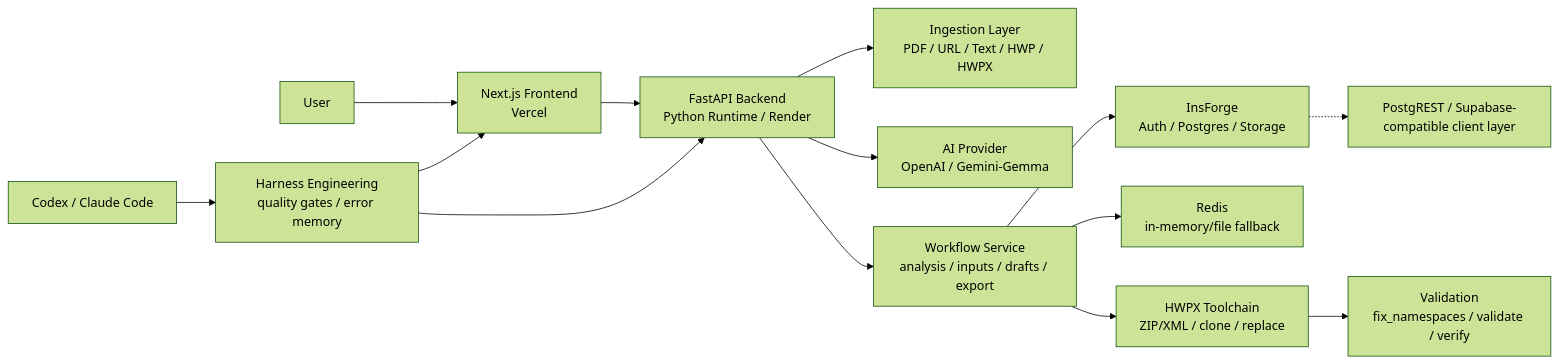
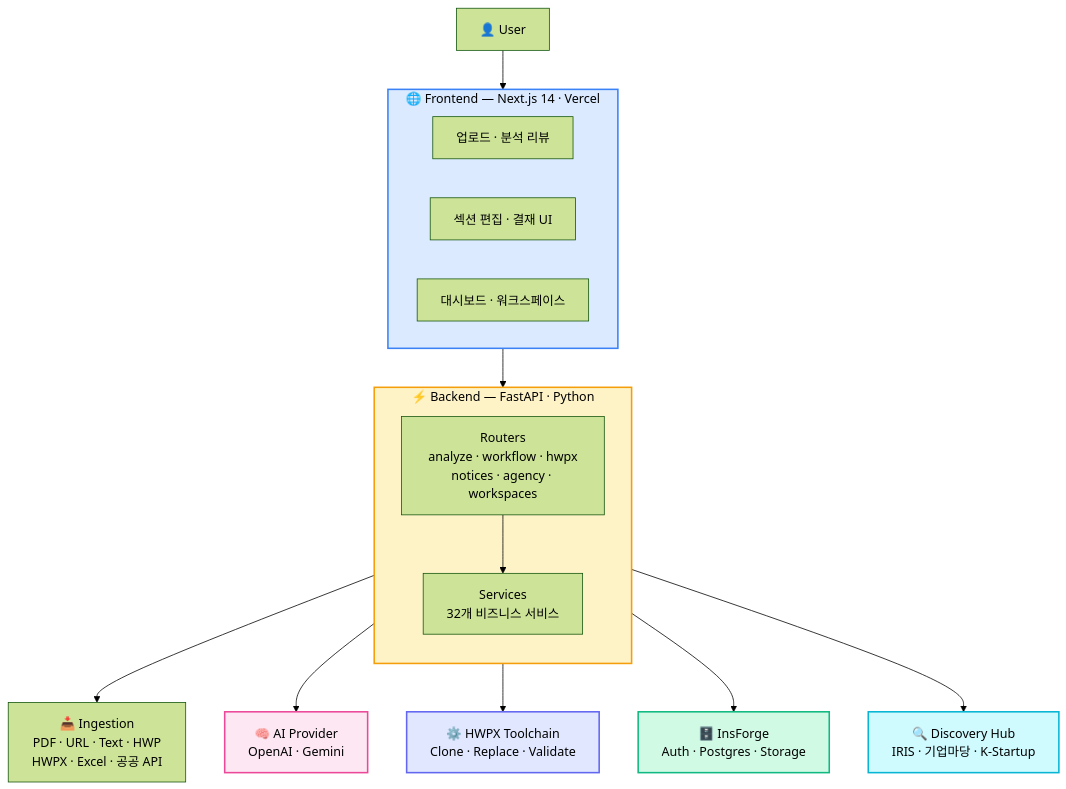
The sixth of 6 diagrams in README.md (mingyugim090-debug/DockLive), drawn with Mermaid (forest theme) before and after one commit. The commit also changed other lines of this file, not shown here.

Commit message:
docs: README 전면 개편 — AI Agent 아키텍처 강조, Ver2 기관 워크플로우 반영, 최신 기능 업데이트

````diff
--- a/README.md
+++ b/README.md
@@ -90,18 +376,33 @@
 ```mermaid
-flowchart LR
-  U["User"] --> FE["Next.js Frontend<br/>Vercel"]
-  FE --> API["FastAPI Backend<br/>Python Runtime / Render"]
+flowchart TB
+    U["👤 User"] --> FE
 
-  API --> Parser["Ingestion Layer<br/>PDF / URL / Text / HWP / HWPX"]
-  API --> AI["AI Provider<br/>OpenAI / Gemini-Gemma"]
-  API --> Workflow["Workflow Service<br/>analysis / inputs / drafts / export"]
-  Workflow --> Store["InsForge<br/>Auth / Postgres / Storage"]
-  Store -.-> PgApi["PostgREST / Supabase-compatible client layer"]
-  Workflow --> Cache["Redis<br/>in-memory/file fallback"]
-  Workflow --> HWPX["HWPX Toolchain<br/>ZIP/XML / clone / replace"]
-  HWPX --> Validate["Validation<br/>fix_namespaces / validate / verify"]
+    subgraph FE["🌐 Frontend — Next.js 14 · Vercel"]
+        direction LR
+        FE1["업로드 · 분석 리뷰"]
+        FE2["섹션 편집 · 결재 UI"]
+        FE3["대시보드 · 워크스페이스"]
+    end
 
-  Dev["Codex / Claude Code"] --> Harness["Harness Engineering<br/>quality gates / error memory"]
-  Harness --> API
-  Harness --> FE
+    FE --> API
+
+    subgraph API["⚡ Backend — FastAPI · Python"]
+        direction TB
+        R["Routers<br/>analyze · workflow · hwpx<br/>notices · agency · workspaces"]
+        S["Services<br/>32개 비즈니스 서비스"]
+        R --> S
+    end
+
+    API --> ING["📥 Ingestion<br/>PDF · URL · Text · HWP<br/>HWPX · Excel · 공공 API"]
+    API --> AI["🧠 AI Provider<br/>OpenAI · Gemini"]
+    API --> HWPX["⚙️ HWPX Toolchain<br/>Clone · Replace · Validate"]
+    API --> DB["🗄️ InsForge<br/>Auth · Postgres · Storage"]
+    API --> DISC["🔍 Discovery Hub<br/>IRIS · 기업마당 · K-Startup"]
+
+    style FE fill:#dbeafe,stroke:#3b82f6,stroke-width:2px,color:#000
+    style API fill:#fef3c7,stroke:#f59e0b,stroke-width:2px,color:#000
+    style AI fill:#fce7f3,stroke:#ec4899,stroke-width:2px,color:#000
+    style HWPX fill:#e0e7ff,stroke:#6366f1,stroke-width:2px,color:#000
+    style DB fill:#d1fae5,stroke:#10b981,stroke-width:2px,color:#000
+    style DISC fill:#cffafe,stroke:#06b6d4,stroke-width:2px,color:#000
 ```
````
